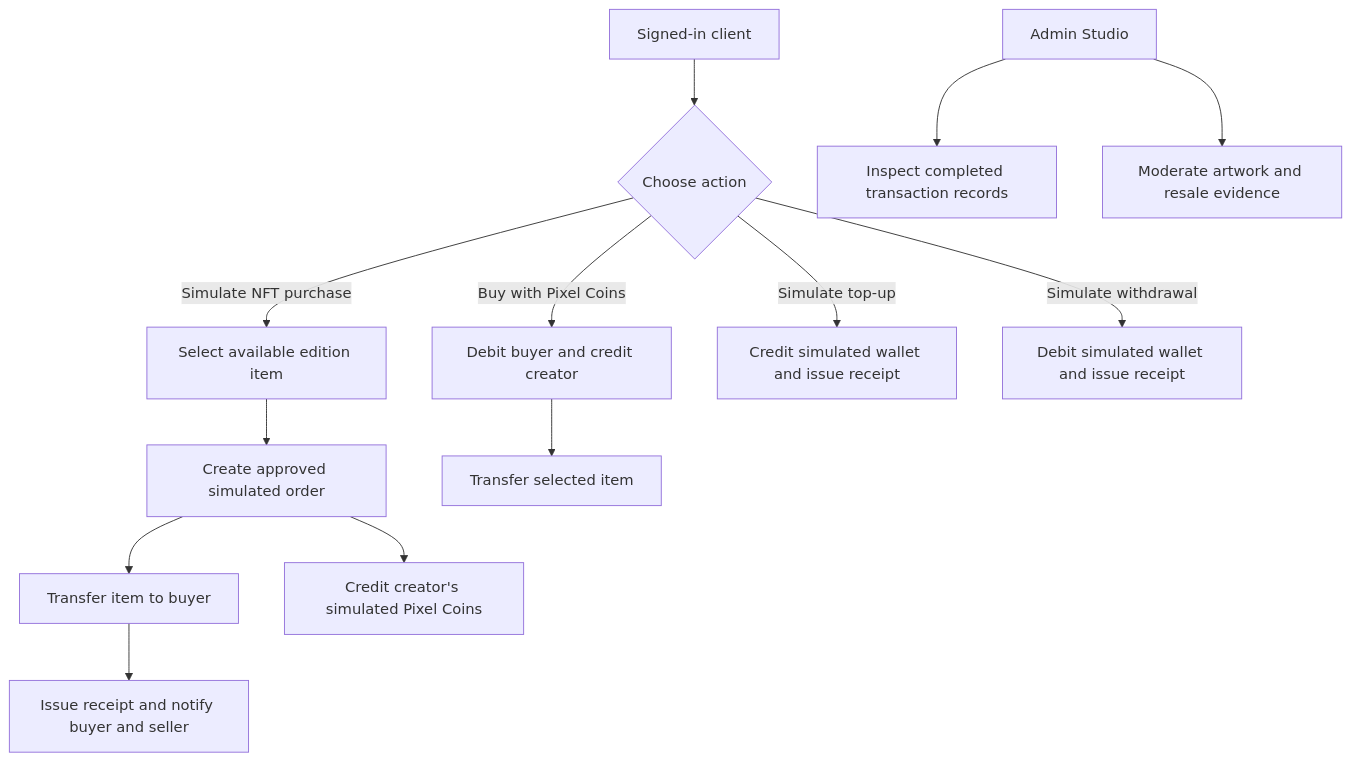
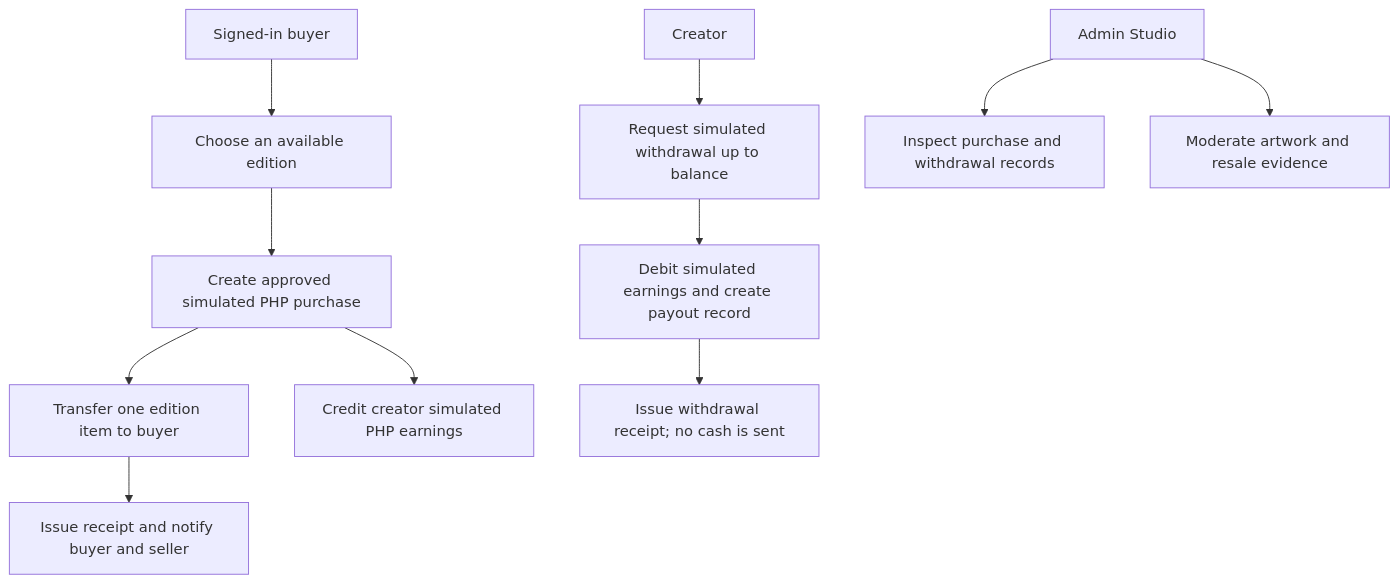
One commit to edreendorado-max/pixelmoree changed the third of 4 diagrams in docs/PROJECT_DIAGRAMS.md. Above: the diagram before and after it, drawn with Mermaid. The commit also changed other lines of this file and 38 other files, not shown here.

Commit message:
Remove Pixel Coin and document simulated transactions

````diff
--- a/docs/PROJECT_DIAGRAMS.md
+++ b/docs/PROJECT_DIAGRAMS.md
@@ -36,15 +36,13 @@
 ```mermaid
 flowchart TD
-    Client[Signed-in client] --> Choice{Choose action}
-    Choice -->|Simulate NFT purchase| Checkout[Select available edition item]
-    Checkout --> Order[Create approved simulated order]
-    Order --> Transfer[Transfer item to buyer]
+    Buyer[Signed-in buyer] --> Checkout[Choose an available edition]
+    Checkout --> Purchase[Create approved simulated PHP purchase]
+    Purchase --> Transfer[Transfer one edition item to buyer]
     Transfer --> Receipt[Issue receipt and notify buyer and seller]
-    Order --> Credit[Credit creator's simulated Pixel Coins]
-    Choice -->|Buy with Pixel Coins| CoinBuy[Debit buyer and credit creator]
-    CoinBuy --> CoinTransfer[Transfer selected item]
-    Choice -->|Simulate top-up| Topup[Credit simulated wallet and issue receipt]
-    Choice -->|Simulate withdrawal| Withdraw[Debit simulated wallet and issue receipt]
-    Admin[Admin Studio] --> Records[Inspect completed transaction records]
+    Purchase --> Earnings[Credit creator simulated PHP earnings]
+    Creator[Creator] --> Withdraw[Request simulated withdrawal up to balance]
+    Withdraw --> Debit[Debit simulated earnings and create payout record]
+    Debit --> PayoutReceipt[Issue withdrawal receipt; no cash is sent]
+    Admin[Admin Studio] --> Records[Inspect purchase and withdrawal records]
     Admin --> Review[Moderate artwork and resale evidence]
 ```
````
